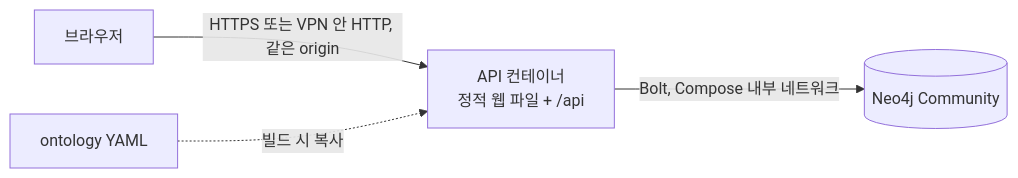
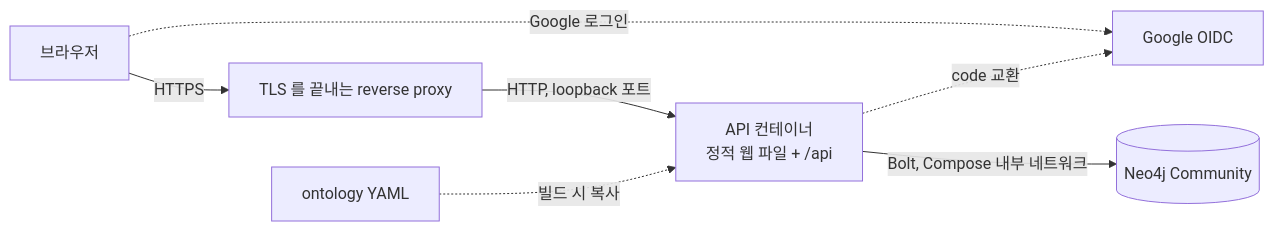
Before and after one commit to jon890/fos-graphrag: the diagram in financial-workbench/docs/code-architecture.md, drawn with Mermaid. The commit also changed other lines of this file and 40 other files, not shown here.

First line of the commit message:
feat(workbench-api): Google 로그인과 허용 사용자, 역할 권한을 더한다

````diff
--- a/financial-workbench/docs/code-architecture.md
+++ b/financial-workbench/docs/code-architecture.md
@@ -20,6 +21,9 @@
 ```mermaid
 flowchart LR
-  B[브라우저] -->|HTTPS 또는 VPN 안 HTTP, 같은 origin| A[API 컨테이너<br/>정적 웹 파일 + /api]
+  B[브라우저] -->|HTTPS| P[TLS 를 끝내는 reverse proxy]
+  P -->|HTTP, loopback 포트| A[API 컨테이너<br/>정적 웹 파일 + /api]
+  B -.Google 로그인.-> G[Google OIDC]
+  A -.code 교환.-> G
   A -->|Bolt, Compose 내부 네트워크| N[(Neo4j Community)]
   O[ontology YAML] -.빌드 시 복사.-> A
 ```
````
